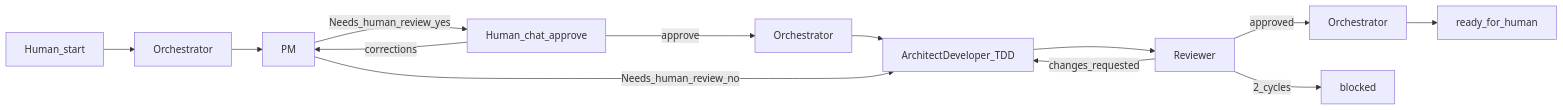
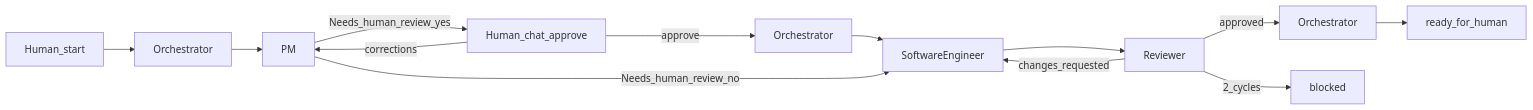
The diagram in _docs/process.md (GustavoRusso/chore-master), drawn with Mermaid before and after one commit. The commit also changed other lines of this file and 3 other files, not shown here.

Commit message:
Renamed Architect-Developer role to Software Engineer in process documentation

````diff
--- a/_docs/process.md
+++ b/_docs/process.md
@@ -32,15 +32,15 @@
 ```mermaid
 flowchart LR
   human[Human_start] --> orch[Orchestrator]
   orch --> pm[PM]
   pm -->|Needs_human_review_yes| humanGate[Human_chat_approve]
   humanGate -->|approve| orchResume[Orchestrator]
   humanGate -->|corrections| pm
-  orchResume --> dev[ArchitectDeveloper_TDD]
+  orchResume --> dev[SoftwareEngineer]
   pm -->|Needs_human_review_no| dev
   dev --> rev[Reviewer]
   rev -->|approved| orch2[Orchestrator]
   orch2 --> ready[ready_for_human]
   rev -->|changes_requested| dev
   rev -->|2_cycles| blocked[blocked]
 ```
````
